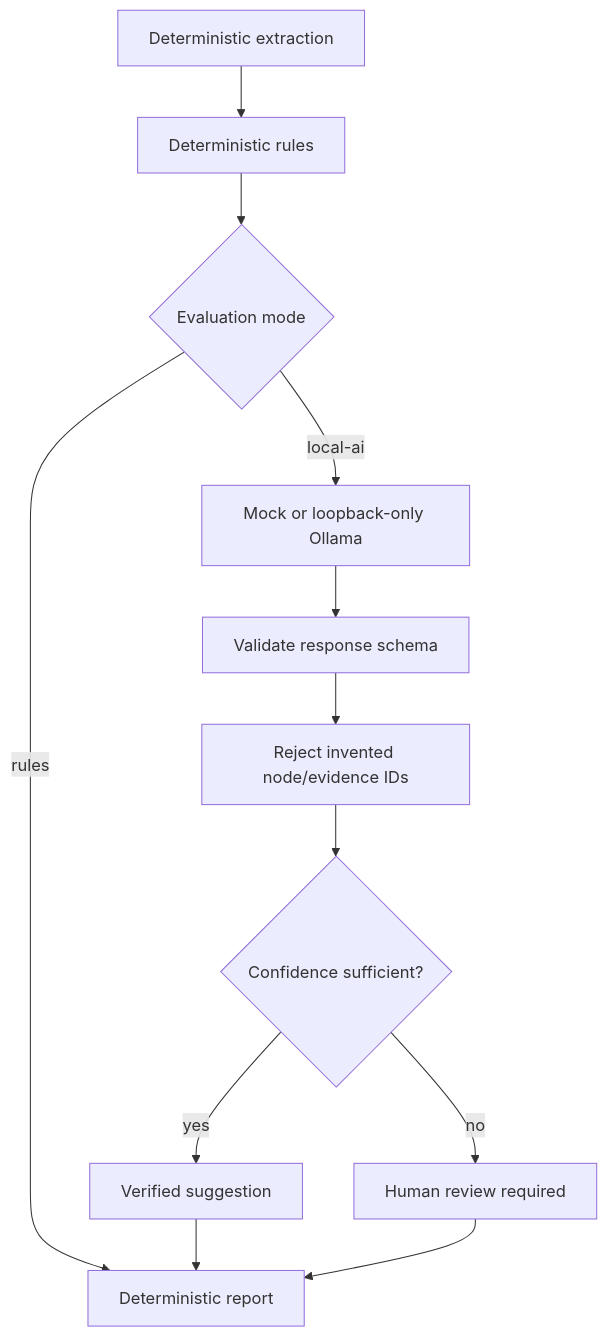
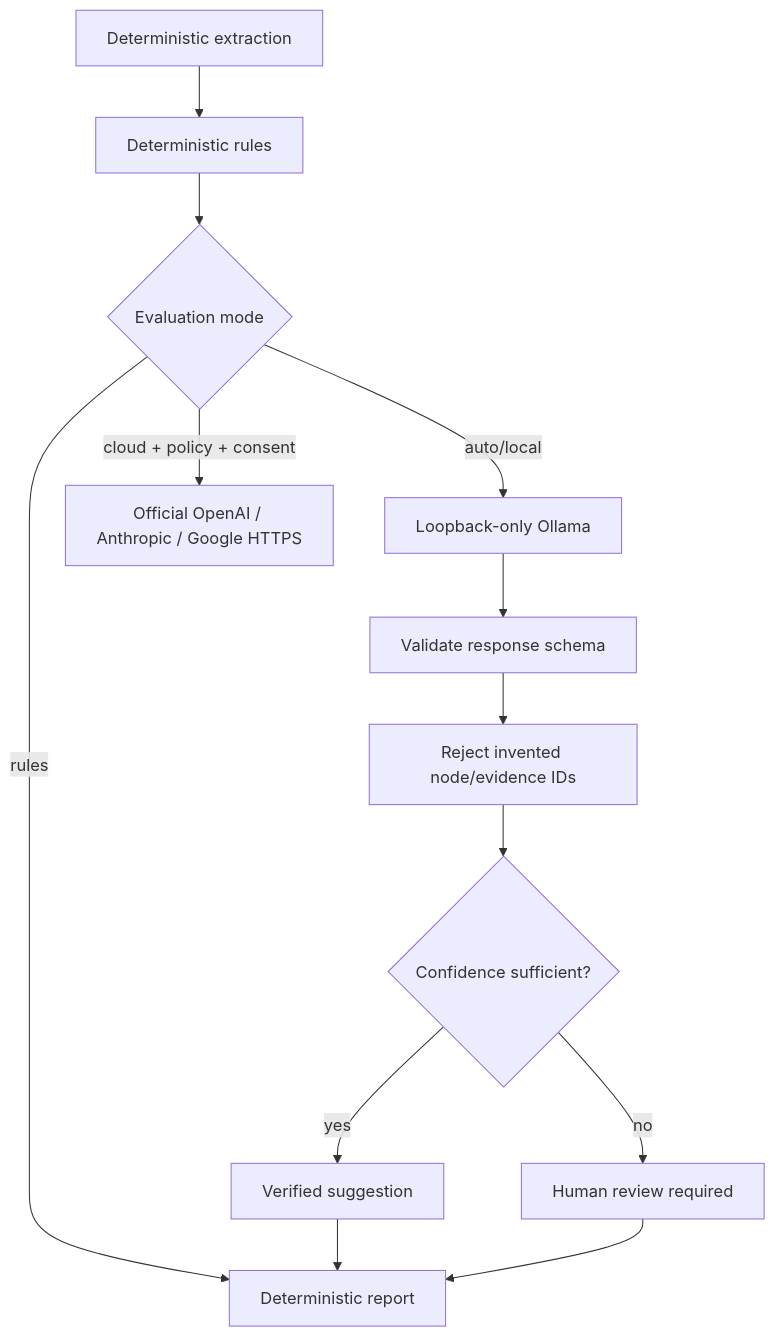
Before and after one commit to DarkTouiZ/auto-repoflow: diagram 15 of 20 in docs/SYSTEM_FLOW_GUIDE_TH.md, drawn with Mermaid. The commit also changed other lines of this file and 48 other files, not shown here.

````diff
--- a/docs/SYSTEM_FLOW_GUIDE_TH.md
+++ b/docs/SYSTEM_FLOW_GUIDE_TH.md
@@ -418,14 +418,15 @@
 ```mermaid
 flowchart TD
     EXTRACT["Deterministic extraction"] --> RULES["Deterministic rules"]
     RULES --> MODE{"Evaluation mode"}
     MODE -- "rules" --> REPORT["Deterministic report"]
-    MODE -- "local-ai" --> PROVIDER["Mock or loopback-only Ollama"]
+    MODE -- "auto/local" --> PROVIDER["Loopback-only Ollama"]
+    MODE -- "cloud + policy + consent" --> CLOUD["Official OpenAI / Anthropic / Google HTTPS"]
     PROVIDER --> SCHEMA["Validate response schema"]
     SCHEMA --> IDS["Reject invented node/evidence IDs"]
     IDS --> CONFIDENCE{"Confidence sufficient?"}
     CONFIDENCE -- "yes" --> LINK["Verified suggestion"]
     CONFIDENCE -- "no" --> REVIEW["Human review required"]
     LINK --> REPORT
     REVIEW --> REPORT
 ```
````
